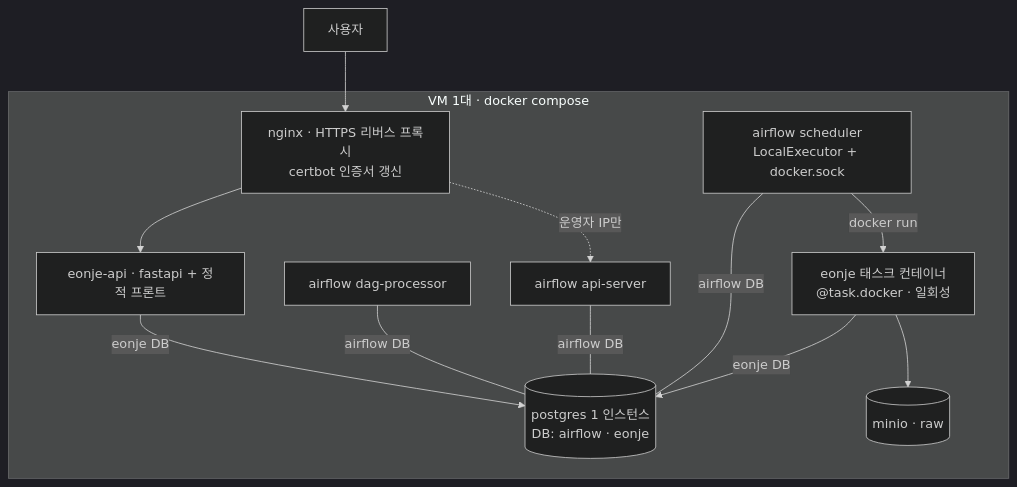
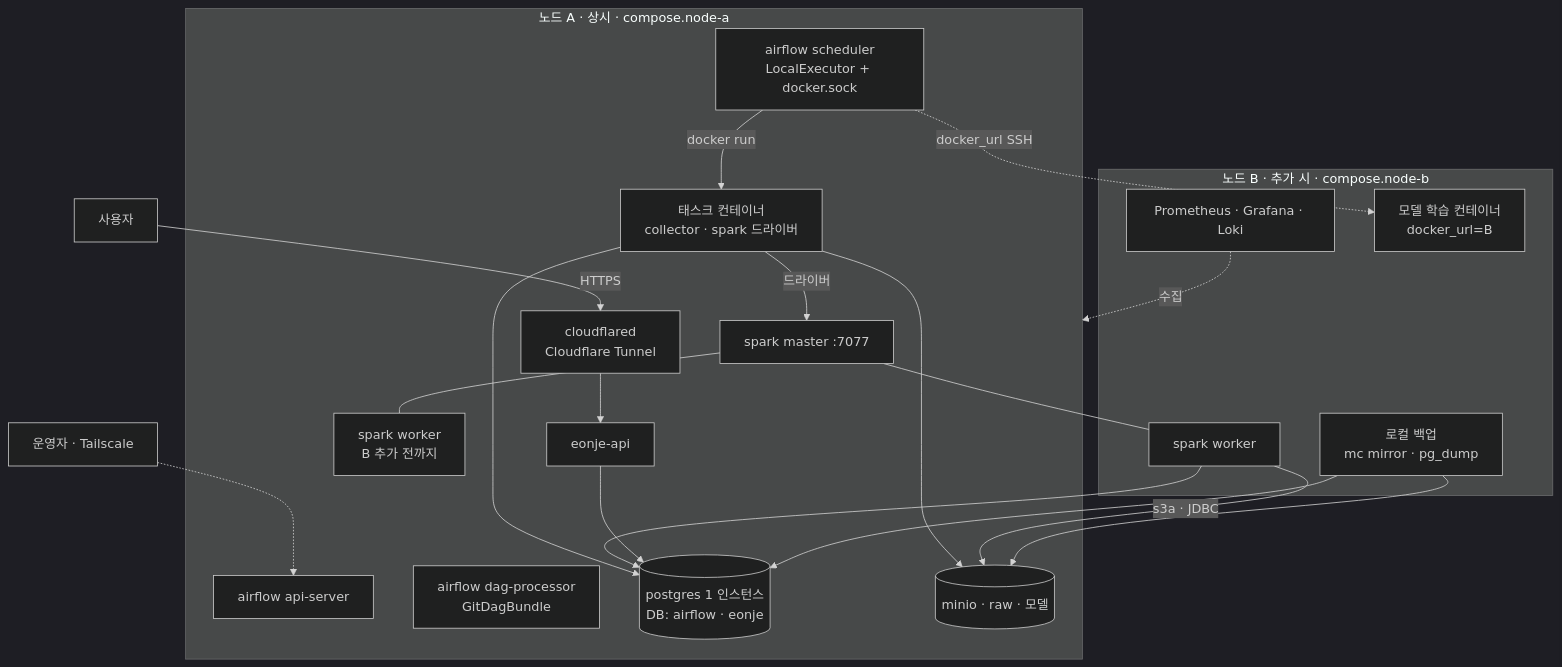
Before and after one commit to jungyu333/eonje: the second of 2 diagrams in docs/design.md, drawn with Mermaid (dark theme). The commit also changed other lines of this file and 4 other files, not shown here.

First line of the commit message:
docs: adopt Spark engine, per-runtime images, and home-node deployment (#3)

````diff
--- a/docs/design.md
+++ b/docs/design.md
@@ -121,23 +144,37 @@
 ```mermaid
 flowchart TB
-    subgraph VM[VM 1대 · docker compose]
-        NG[nginx · HTTPS 리버스 프록시<br/>certbot 인증서 갱신]
+    subgraph A[노드 A · 상시 · compose.node-a]
+        CF[cloudflared<br/>Cloudflare Tunnel]
         AS[airflow api-server]
         SC[airflow scheduler<br/>LocalExecutor + docker.sock]
-        DP[airflow dag-processor]
-        TK[eonje 태스크 컨테이너<br/>@task.docker · 일회성]
+        DP[airflow dag-processor<br/>GitDagBundle]
+        TK[태스크 컨테이너<br/>collector · spark 드라이버]
         PG[(postgres 1 인스턴스<br/>DB: airflow · eonje)]
-        MN[(minio · raw)]
-        FA[eonje-api · fastapi + 정적 프론트]
+        MN[(minio · raw · 모델)]
+        SM[spark master :7077]
+        SWA[spark worker<br/>B 추가 전까지]
+        FA[eonje-api]
     end
-    AS ---|airflow DB| PG
-    SC ---|airflow DB| PG
-    DP ---|airflow DB| PG
+    subgraph B[노드 B · 추가 시 · compose.node-b]
+        SWB[spark worker]
+        MON[Prometheus · Grafana · Loki]
+        BK[로컬 백업<br/>mc mirror · pg_dump]
+        MLT[모델 학습 컨테이너<br/>docker_url=B]
+    end
     SC -->|docker run| TK
-    TK -->|eonje DB| PG
+    SC -.->|docker_url SSH| MLT
+    TK --> PG
     TK --> MN
-    FA -->|eonje DB| PG
-    NG --> FA
-    NG -.->|운영자 IP만| AS
-    U[사용자] --> NG
+    TK -->|드라이버| SM
+    SM --- SWA
+    SM --- SWB
+    SWB -->|s3a · JDBC| MN
+    SWB --> PG
+    FA --> PG
+    CF --> FA
+    U[사용자] -->|HTTPS| CF
+    OP[운영자 · Tailscale] -.-> AS
+    BK --> MN
+    BK --> PG
+    MON -.->|수집| A
 ```
````
